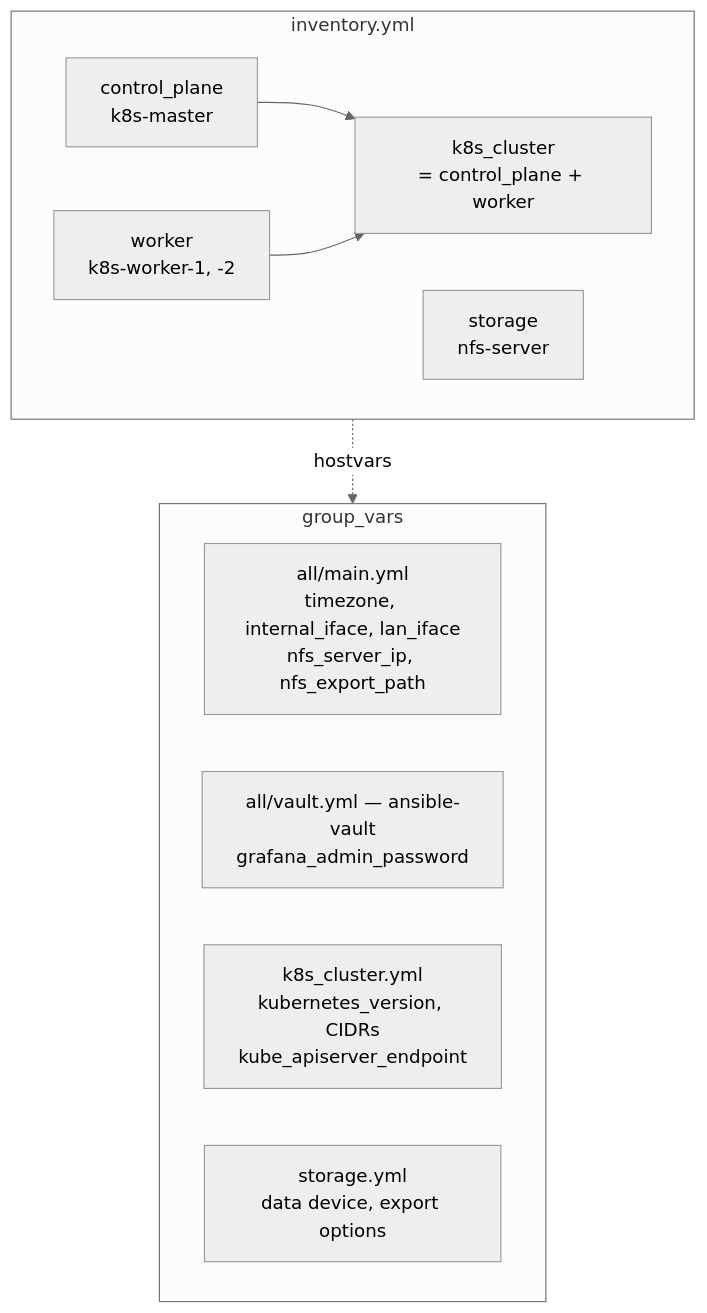
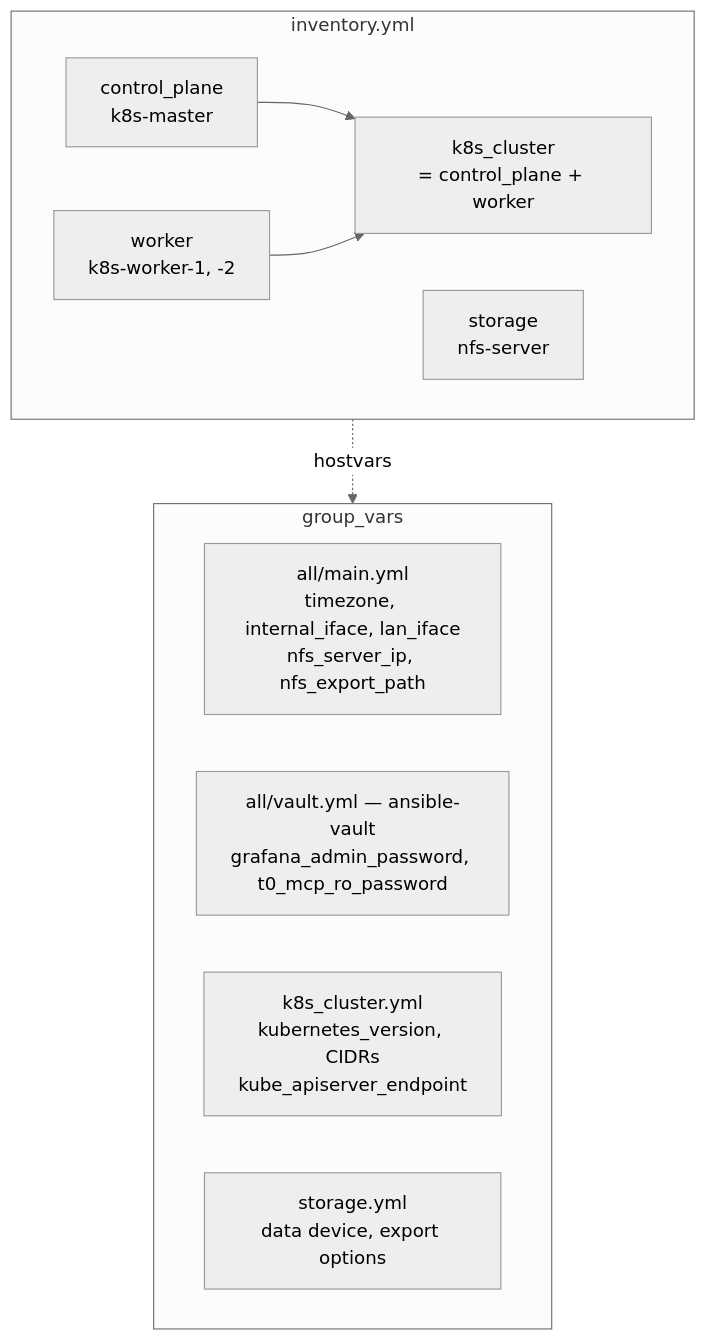
Before and after one commit to TheElysium/homelab: the fourth of 7 diagrams in docs/provisioning.md, drawn with Mermaid (neutral theme). The commit also changed other lines of this file and 3 other files, not shown here.

````diff
--- a/docs/provisioning.md
+++ b/docs/provisioning.md
@@ -137,20 +137,20 @@
 ```mermaid
 flowchart TB
     subgraph INV["inventory.yml"]
         CP["control_plane<br/>k8s-master"]
         WK["worker<br/>k8s-worker-1, -2"]
         ST["storage<br/>nfs-server"]
         KC["k8s_cluster<br/>= control_plane + worker"]
     end
 
     subgraph GV["group_vars"]
         ALL["all/main.yml<br/>timezone, internal_iface, lan_iface<br/>nfs_server_ip, nfs_export_path"]
-        VAULT["all/vault.yml — ansible-vault<br/>grafana_admin_password"]
+        VAULT["all/vault.yml — ansible-vault<br/>grafana_admin_password, t0_mcp_ro_password"]
         K8S["k8s_cluster.yml<br/>kubernetes_version, CIDRs<br/>kube_apiserver_endpoint"]
         STO["storage.yml<br/>data device, export options"]
     end
 
     CP --> KC
     WK --> KC
     INV -.->|hostvars| GV
 ```
````
